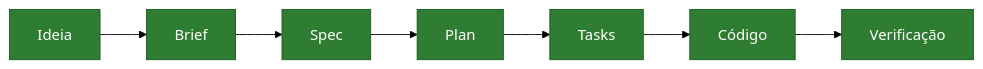
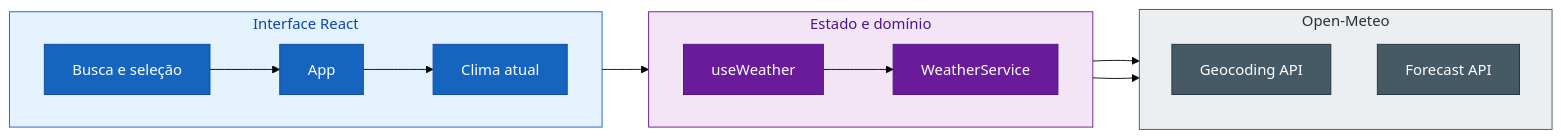
One commit to dev-pods/start-with-spec-driven-development changed the diagram in .github/steps/1-step.md. Above: the diagram before and after it, drawn with Mermaid (forest theme). The commit also changed other lines of this file and 47 other files, not shown here.

````diff
--- a/.github/steps/1-step.md
+++ b/.github/steps/1-step.md
@@ -22,7 +20,34 @@
 ```mermaid
 flowchart LR
-    A2[Ideia] --> B2[Brief] --> C2[Spec] --> D2[Plan] --> E2[Tasks] --> F2[Código] --> G2[Verificação]
+   subgraph interface["Interface React"]
+      direction LR
+      A[Busca e seleção] --> B[App] --> C[Clima atual]
+   end
 
-    classDef comSdd fill:#2e7d32,stroke:#1b5e20,color:#ffffff
-    class A2,B2,C2,D2,E2,F2,G2 comSdd
+   subgraph dominio["Estado e domínio"]
+      direction LR
+      D[useWeather] --> E[WeatherService]
+   end
+
+   subgraph integracoes["Open-Meteo"]
+      direction TB
+      F[Geocoding API]
+      G[Forecast API]
+   end
+
+   B --> D
+   E --> F
+   E --> G
+
+   classDef interfaceNode fill:#1565c0,stroke:#0d47a1,color:#ffffff
+   classDef domainNode fill:#6a1b9a,stroke:#4a148c,color:#ffffff
+   classDef contextNode fill:#455a64,stroke:#263238,color:#ffffff
+
+   class A,B,C interfaceNode
+   class D,E domainNode
+   class F,G contextNode
+
+   style interface fill:#e3f2fd,stroke:#1565c0,color:#0d47a1
+   style dominio fill:#f3e5f5,stroke:#6a1b9a,color:#4a148c
+   style integracoes fill:#eceff1,stroke:#455a64,color:#263238
 ```
````
